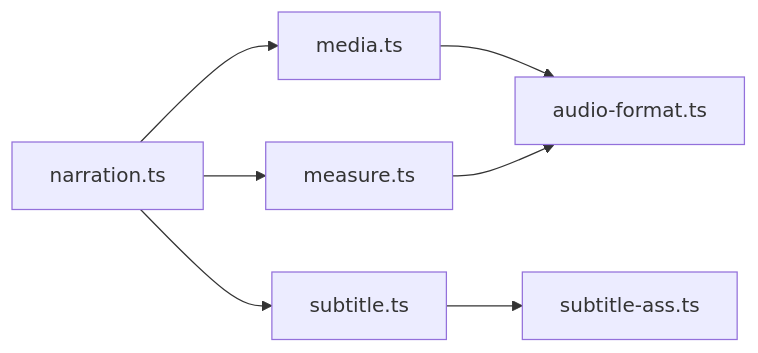
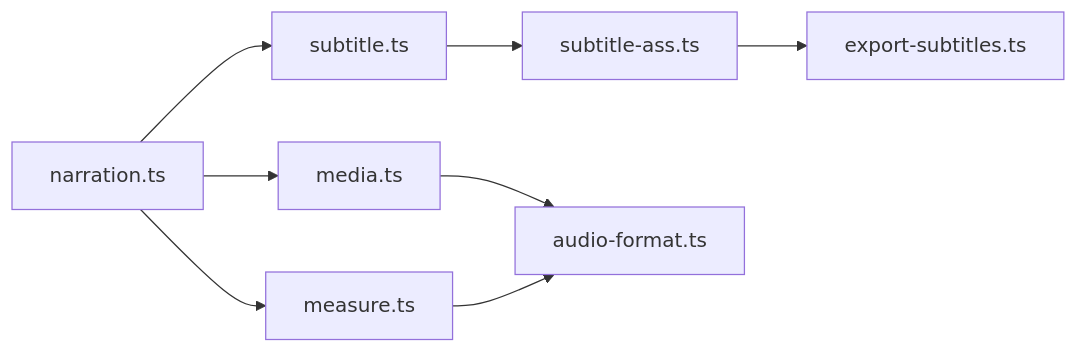
Before and after one commit to scottcwy/PurpleInk: the third of 3 diagrams in .qoder/repowiki/zh/content/音频处理/字幕生成.md, drawn with Mermaid. The commit also changed other lines of this file and 109 other files, not shown here.

````diff
--- a/.qoder/repowiki/zh/content/音频处理/字幕生成.md
+++ b/.qoder/repowiki/zh/content/音频处理/字幕生成.md
@@ -210,9 +264,10 @@
 ```mermaid
 graph LR
 NARR["narration.ts"] --> MEDIA["media.ts"]
 NARR --> MEASURE["measure.ts"]
 NARR --> SUB["subtitle.ts"]
 SUB --> ASS["subtitle-ass.ts"]
+ASS --> EXPORT["export-subtitles.ts"]
 MEDIA --> FMT["audio-format.ts"]
 MEASURE --> FMT
 ```
````
